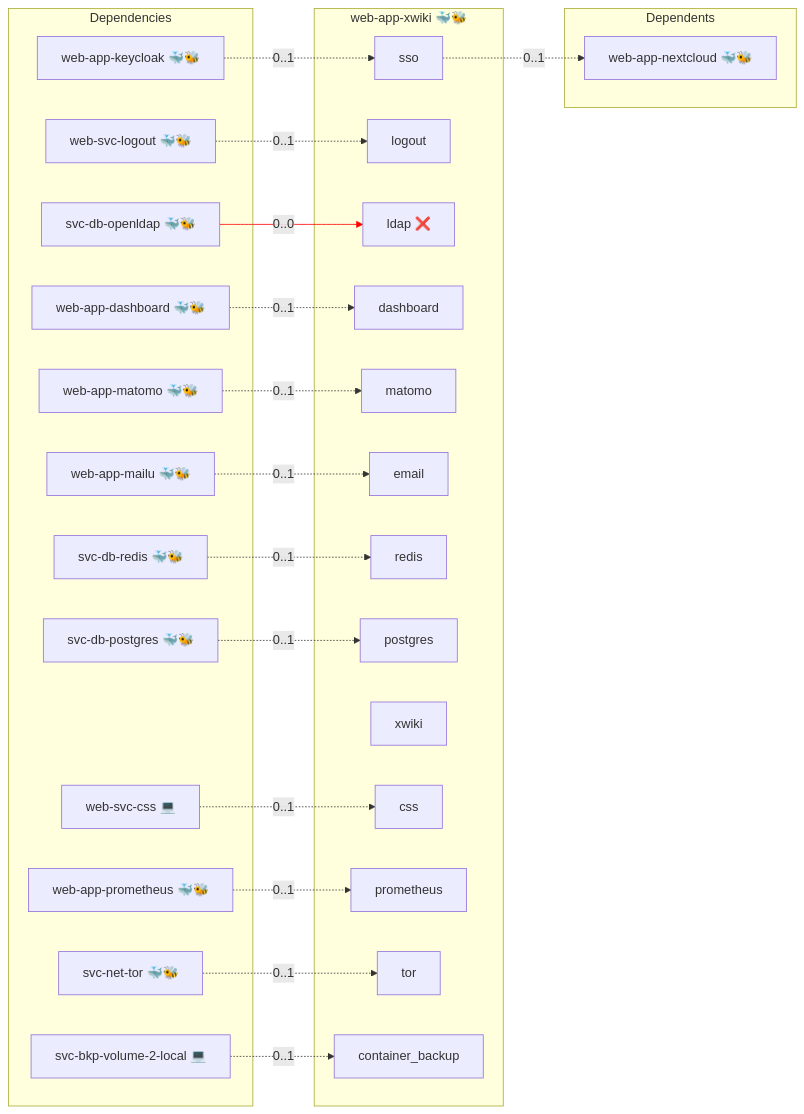
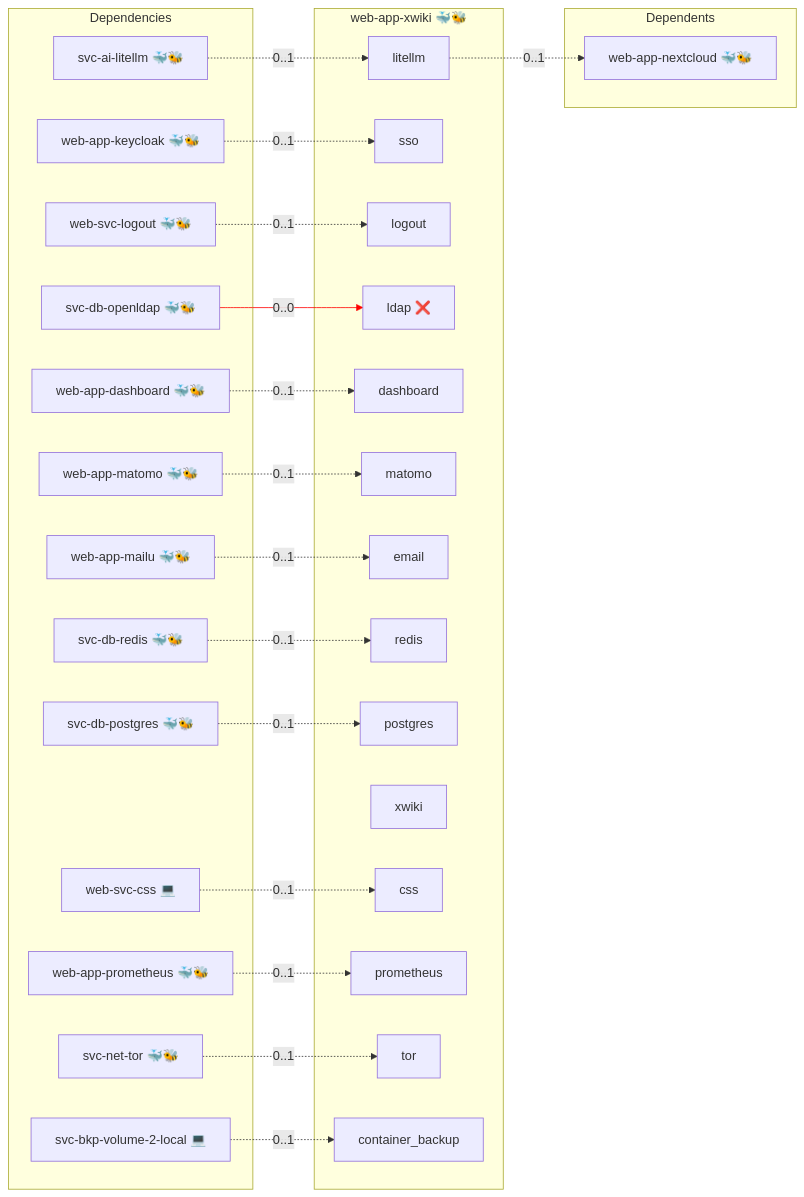
The diagram in roles/web-app-xwiki/README.md (infinito-nexus/core), drawn with Mermaid before and after one commit. The commit also changed 7 other files, not shown here.

````diff
--- a/roles/web-app-xwiki/README.md
+++ b/roles/web-app-xwiki/README.md
@@ -15,49 +15,52 @@
 ```mermaid
 flowchart LR
     subgraph deps [Dependencies]
+        dep_svc_ai_litellm["svc-ai-litellm 🐳🐝"]
         dep_svc_bkp_volume_2_local["svc-bkp-volume-2-local 💻"]
         dep_svc_db_openldap["svc-db-openldap 🐳🐝"]
         dep_svc_db_postgres["svc-db-postgres 🐳🐝"]
         dep_svc_db_redis["svc-db-redis 🐳🐝"]
         dep_svc_net_tor["svc-net-tor 🐳🐝"]
         dep_web_app_dashboard["web-app-dashboard 🐳🐝"]
         dep_web_app_keycloak["web-app-keycloak 🐳🐝"]
         dep_web_app_mailu["web-app-mailu 🐳🐝"]
         dep_web_app_matomo["web-app-matomo 🐳🐝"]
         dep_web_app_prometheus["web-app-prometheus 🐳🐝"]
         dep_web_svc_css["web-svc-css 💻"]
         dep_web_svc_logout["web-svc-logout 🐳🐝"]
     end
     subgraph role [web-app-xwiki 🐳🐝]
+        svc_litellm["litellm"]
         svc_sso["sso"]
         svc_logout["logout"]
         svc_ldap["ldap ❌"]
         svc_dashboard["dashboard"]
         svc_matomo["matomo"]
         svc_email["email"]
         svc_redis["redis"]
         svc_postgres["postgres"]
         svc_xwiki["xwiki"]
         svc_css["css"]
         svc_prometheus["prometheus"]
         svc_tor["tor"]
         svc_container_backup["container_backup"]
     end
     subgraph dependents [Dependents]
         dpt_web_app_nextcloud["web-app-nextcloud 🐳🐝"]
     end
+    dep_svc_ai_litellm -. "0..1" .-> svc_litellm
     dep_svc_bkp_volume_2_local -. "0..1" .-> svc_container_backup
     dep_svc_db_openldap -- "0..0" --> svc_ldap
     dep_svc_db_postgres -. "0..1" .-> svc_postgres
     dep_svc_db_redis -. "0..1" .-> svc_redis
     dep_svc_net_tor -. "0..1" .-> svc_tor
     dep_web_app_dashboard -. "0..1" .-> svc_dashboard
     dep_web_app_keycloak -. "0..1" .-> svc_sso
     dep_web_app_mailu -. "0..1" .-> svc_email
     dep_web_app_matomo -. "0..1" .-> svc_matomo
     dep_web_app_prometheus -. "0..1" .-> svc_prometheus
     dep_web_svc_css -. "0..1" .-> svc_css
     dep_web_svc_logout -. "0..1" .-> svc_logout
-    svc_sso -. "0..1" .-> dpt_web_app_nextcloud
-    linkStyle 1 stroke:red;
+    svc_litellm -. "0..1" .-> dpt_web_app_nextcloud
+    linkStyle 2 stroke:red;
 ```
````
